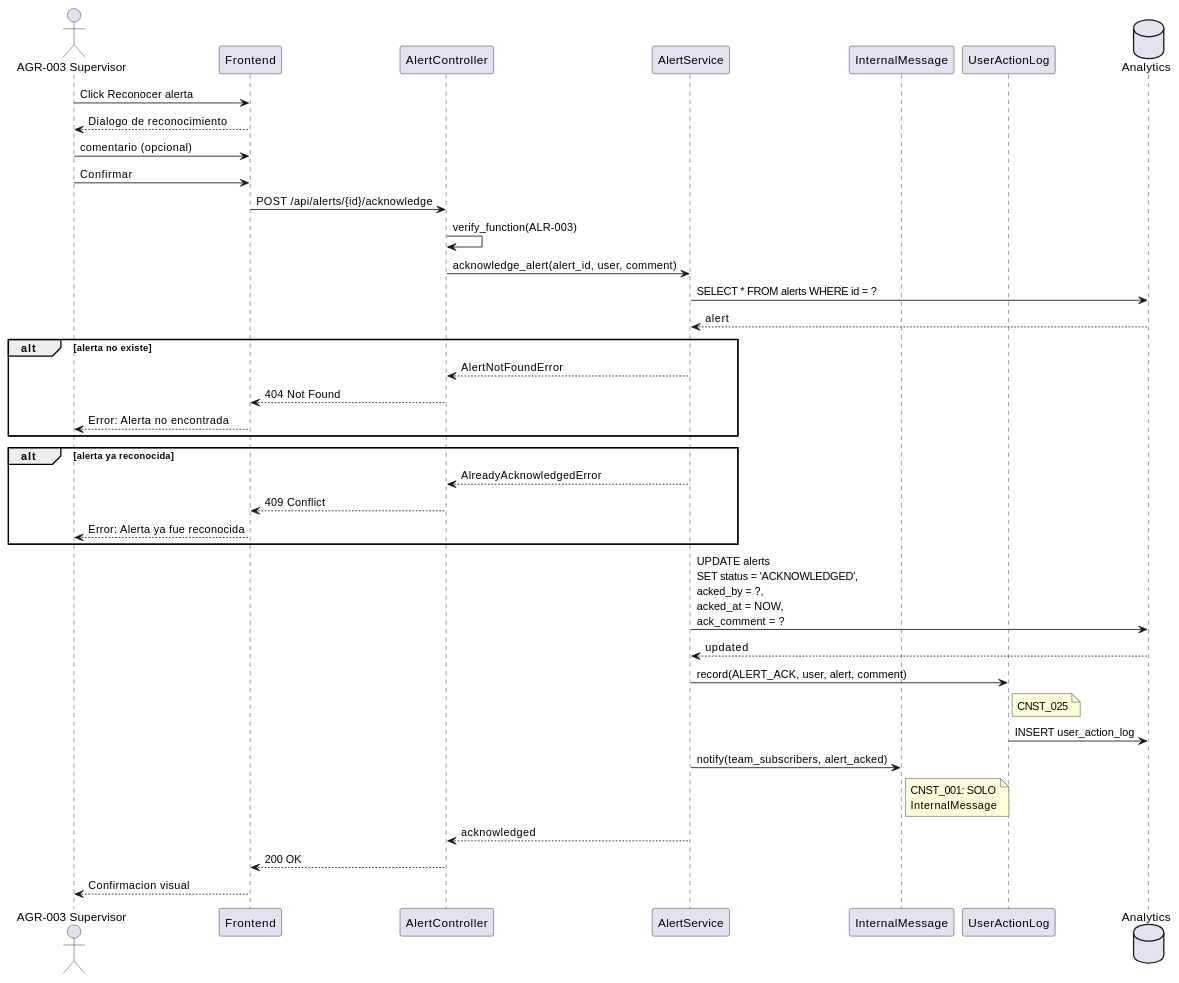
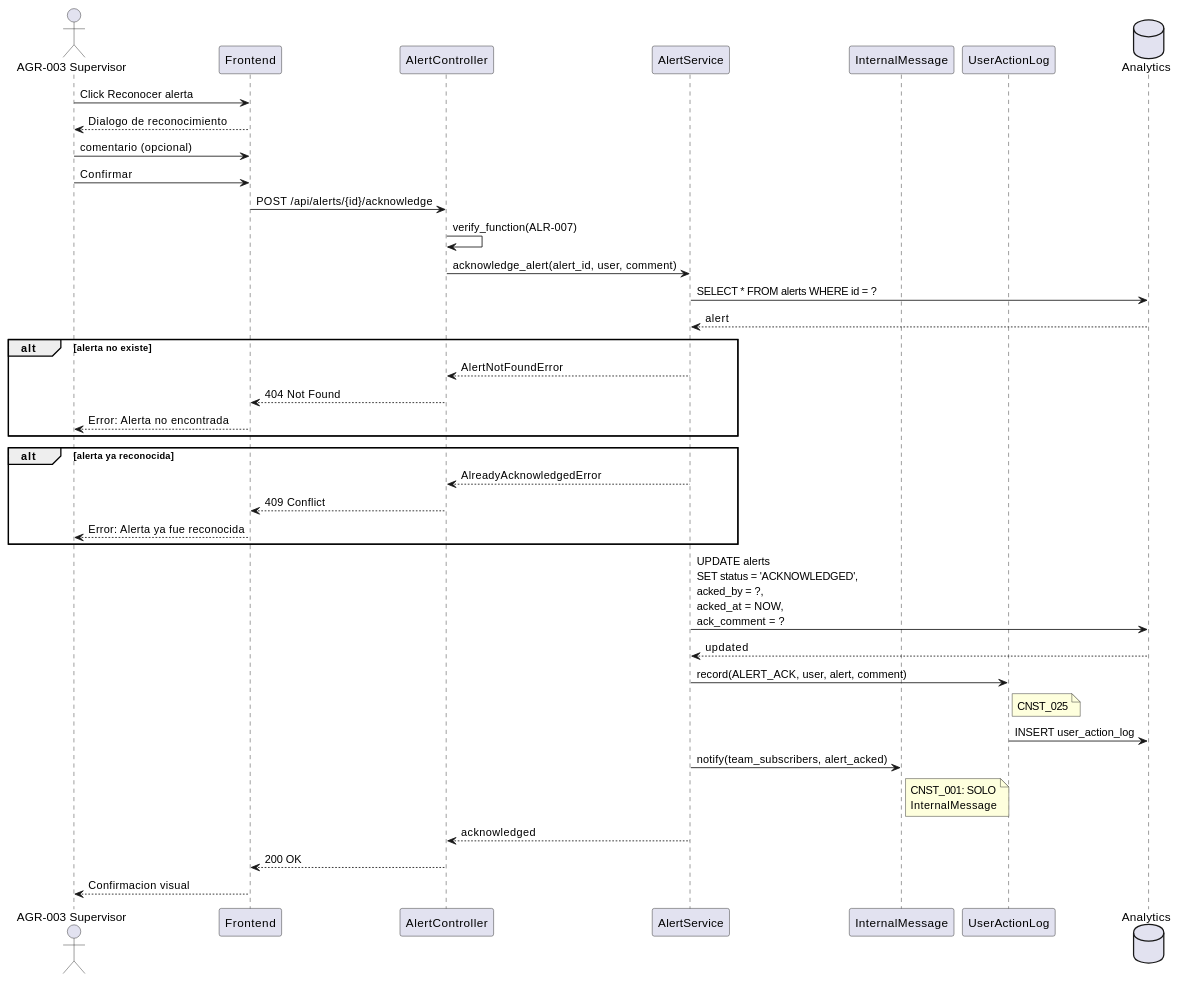
The second of 3 diagrams in source/requisitos/casos-uso/alerts/uc-alr-03-reconocer-alerta.rst (jcg-admin/IACT-docs), drawn with PlantUML before and after one commit. The commit also changed other lines of this file and 3 other files, not shown here.

```diff
--- a/source/requisitos/casos-uso/alerts/uc-alr-03-reconocer-alerta.rst
+++ b/source/requisitos/casos-uso/alerts/uc-alr-03-reconocer-alerta.rst
@@ -175,54 +175,54 @@
 .. uml::
  :caption: Diagrama de Secuencia - UC_ALR_03
 
  @startuml
  actor "AGR-003 Supervisor" as S
  participant "Frontend" as FE
  participant "AlertController" as AC
  participant "AlertService" as AS
  participant "InternalMessage" as IM
  participant "UserActionLog" as UAL
  database "Analytics" as DB
 
  S -> FE: Click Reconocer alerta
  FE --> S: Dialogo de reconocimiento
  S -> FE: comentario (opcional)
  S -> FE: Confirmar
 
  FE -> AC: POST /api/alerts/{id}/acknowledge
- AC -> AC: verify_function(ALR-003)
+ AC -> AC: verify_function(ALR-007)
 
  AC -> AS: acknowledge_alert(alert_id, user, comment)
 
  AS -> DB: SELECT * FROM alerts WHERE id = ?
  DB --> AS: alert
 
  alt alerta no existe
  AS --> AC: AlertNotFoundError
  AC --> FE: 404 Not Found
  FE --> S: Error: Alerta no encontrada
  end
 
  alt alerta ya reconocida
  AS --> AC: AlreadyAcknowledgedError
  AC --> FE: 409 Conflict
  FE --> S: Error: Alerta ya fue reconocida
  end
 
  AS -> DB: UPDATE alerts\nSET status = 'ACKNOWLEDGED',\nacked_by = ?,\nacked_at = NOW,\nack_comment = ?
  DB --> AS: updated
 
  AS -> UAL: record(ALERT_ACK, user, alert, comment)
  note right of UAL: CNST_025
  UAL -> DB: INSERT user_action_log
 
  AS -> IM: notify(team_subscribers, alert_acked)
  note right of IM
  CNST_001: SOLO
  InternalMessage
  end note
 
  AS --> AC: acknowledged
  AC --> FE: 200 OK
  FE --> S: Confirmacion visual
  @enduml
```
